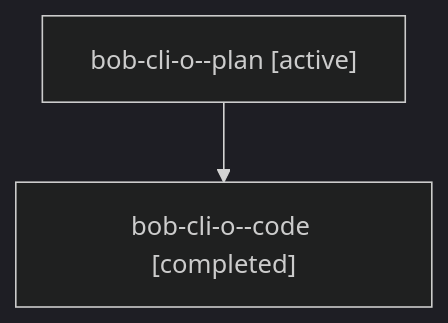
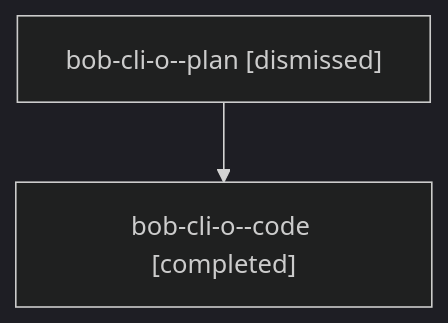
Before and after one commit to bobs-org/bob-cli--agents: the diagram in sessions/bbugyi200.athena.bob-cli-o.md, drawn with Mermaid (dark theme). The commit also changed other lines of this file and 67 other files, not shown here.

````diff
--- a/sessions/bbugyi200.athena.bob-cli-o.md
+++ b/sessions/bbugyi200.athena.bob-cli-o.md
@@ -9,6 +9,6 @@
 ```mermaid
 flowchart TD
-  n0["bob-cli-o--plan [active]"]
+  n0["bob-cli-o--plan [dismissed]"]
   n1["bob-cli-o--code [completed]"]
   n0 --> n1
 ```
````
